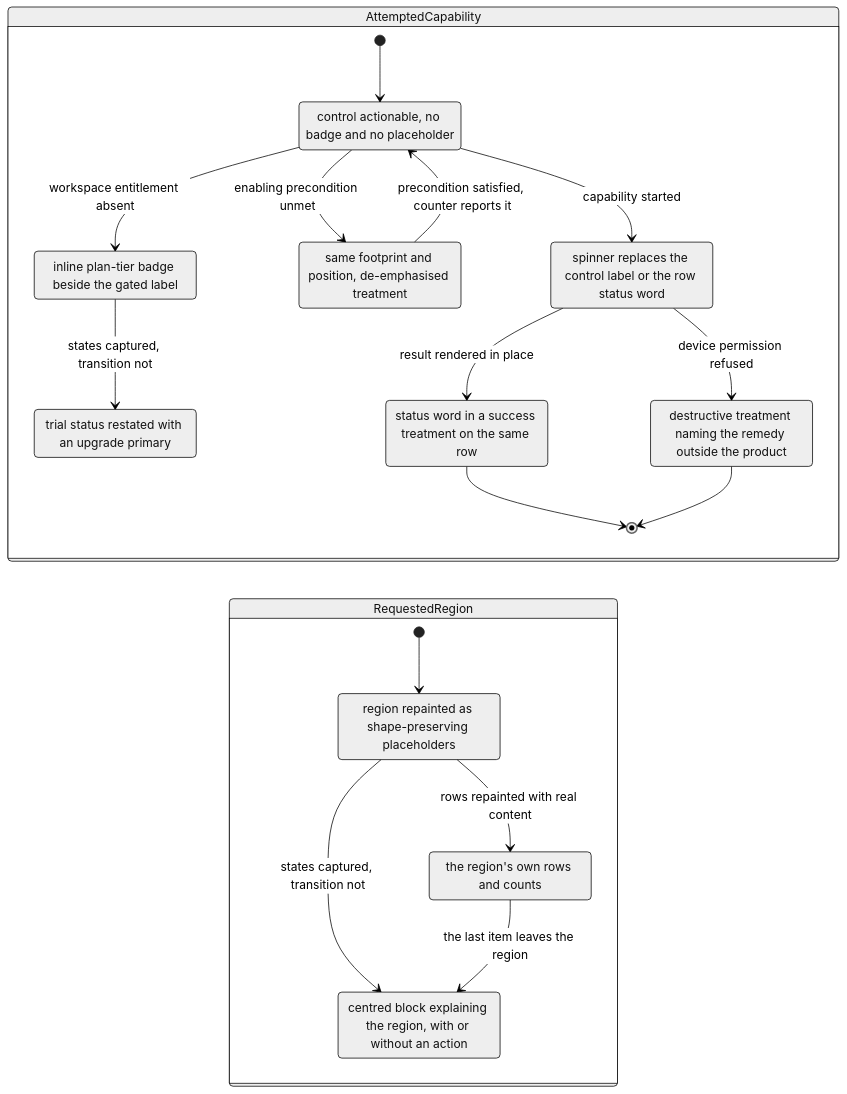
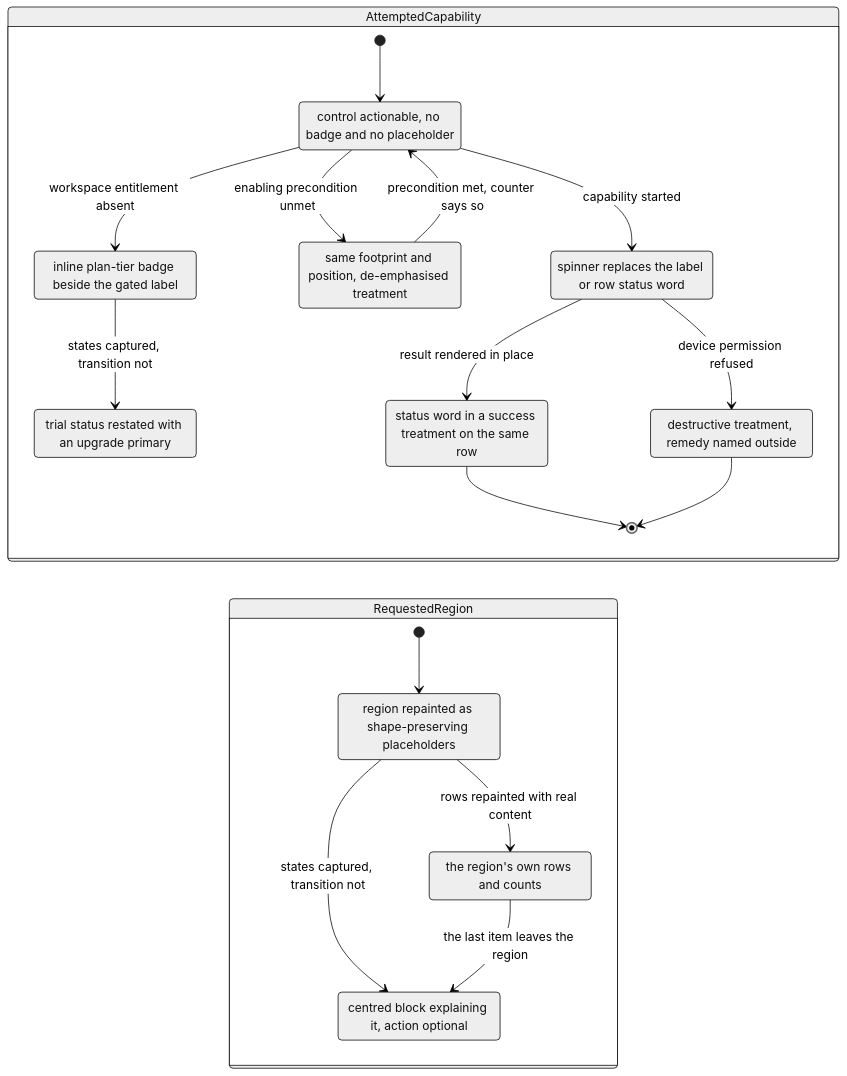
One commit to blitzy-research/blitzy-slack changed the diagram in docs/workflows/21-states.md. Above: the diagram before and after it, drawn with Mermaid (neutral theme). The commit also changed 18 other files, not shown here.

````diff
--- a/docs/workflows/21-states.md
+++ b/docs/workflows/21-states.md
@@ -404,34 +404,34 @@
 ```mermaid
 stateDiagram-v2
     direction LR
 
     state AttemptedCapability {
         [*] --> Available
         Available : control actionable, no badge and no placeholder
         Available --> GatedInline : workspace entitlement absent
         GatedInline : inline plan-tier badge beside the gated label
         GatedInline --> UpgradeSurface : states captured, transition not
         UpgradeSurface : trial status restated with an upgrade primary
         Available --> Disabled : enabling precondition unmet
         Disabled : same footprint and position, de-emphasised treatment
-        Disabled --> Available : precondition satisfied, counter reports it
+        Disabled --> Available : precondition met, counter says so
         Available --> InProgress : capability started
-        InProgress : spinner replaces the control label or the row status word
+        InProgress : spinner replaces the label or row status word
         InProgress --> Reported : result rendered in place
         Reported : status word in a success treatment on the same row
         InProgress --> Denied : device permission refused
-        Denied : destructive treatment naming the remedy outside the product
+        Denied : destructive treatment, remedy named outside
         Reported --> [*]
         Denied --> [*]
     }
 
     state RequestedRegion {
         [*] --> Loading
         Loading : region repainted as shape-preserving placeholders
         Loading --> Populated : rows repainted with real content
         Populated : the region's own rows and counts
         Loading --> EmptyRegion : states captured, transition not
-        EmptyRegion : centred block explaining the region, with or without an action
+        EmptyRegion : centred block explaining it, action optional
         Populated --> EmptyRegion : the last item leaves the region
     }
 ```
````
